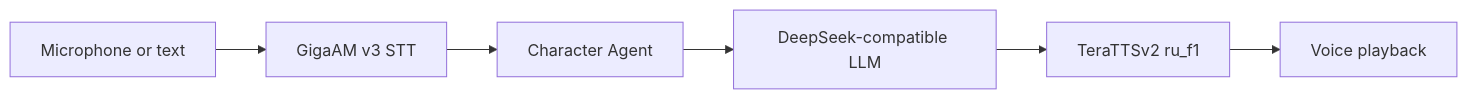
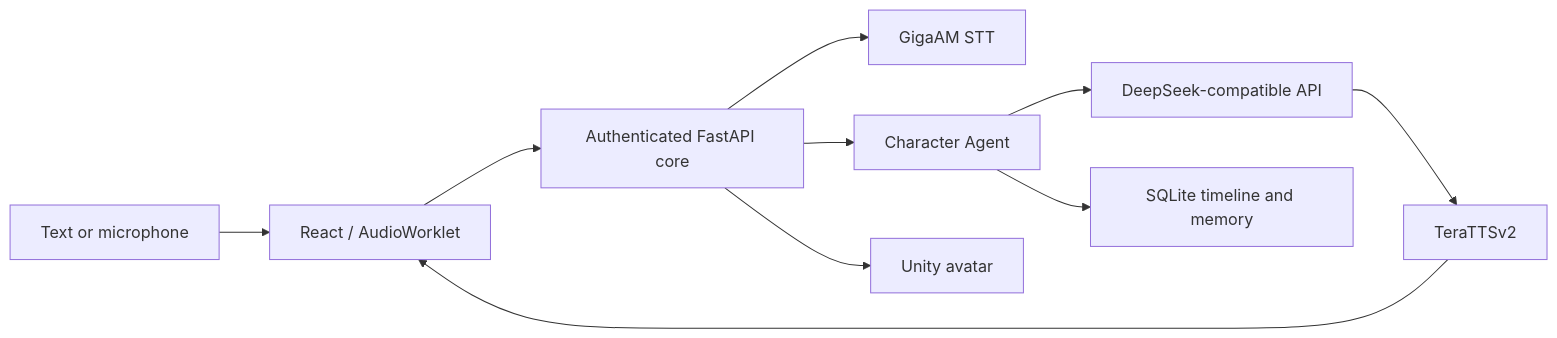
One commit to bad1and/NeuroAsist changed the diagram in README.md. Above: the diagram before and after it, drawn with Mermaid. The commit also changed other lines of this file and 55 other files, not shown here.

````diff
--- a/README.md
+++ b/README.md
@@ -63,8 +42,12 @@
 ```mermaid
 flowchart LR
-    A[Microphone or text] --> B[GigaAM v3 STT]
-    B --> C[Character Agent]
-    C --> D[DeepSeek-compatible LLM]
-    D --> E[TeraTTSv2 ru_f1]
-    E --> F[Voice playback]
+    A[Text or microphone] --> B[React / AudioWorklet]
+    B --> C[Authenticated FastAPI core]
+    C --> D[GigaAM STT]
+    C --> E[Character Agent]
+    E --> F[DeepSeek-compatible API]
+    E --> G[SQLite timeline and memory]
+    F --> H[TeraTTSv2]
+    H --> B
+    C --> I[Unity avatar]
 ```
````
